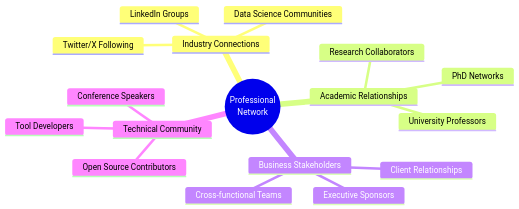
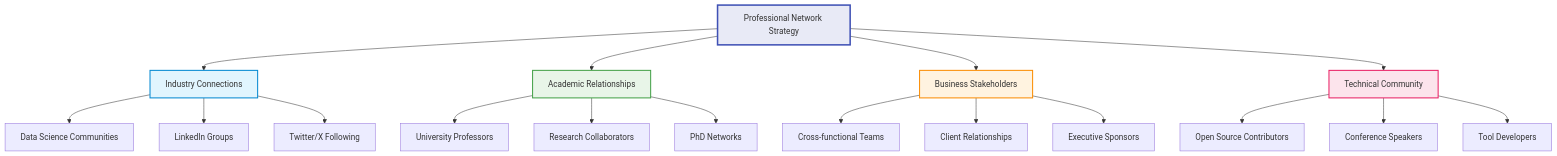
Diagram 11 of 14 in Survive-Data-Science-2025.md (gghimire2041/AI-Articles), drawn with Mermaid before and after one commit. The commit also changed other lines of this file, not shown here.

````diff
--- a/Survive-Data-Science-2025.md
+++ b/Survive-Data-Science-2025.md
@@ -401,21 +416,29 @@
 ```mermaid
-mindmap
-  root((Professional
-  Network))
-    Industry Connections
-      Data Science Communities
-      LinkedIn Groups
-      Twitter/X Following
-    Academic Relationships
-      University Professors
-      Research Collaborators
-      PhD Networks
-    Business Stakeholders
-      Cross-functional Teams
-      Client Relationships
-      Executive Sponsors
-    Technical Community
-      Open Source Contributors
-      Conference Speakers
-      Tool Developers
+flowchart TD
+    A["Professional Network Strategy"] --> B["Industry Connections"]
+    A --> C["Academic Relationships"]
+    A --> D["Business Stakeholders"]
+    A --> E["Technical Community"]
+    
+    B --> B1["Data Science Communities"]
+    B --> B2["LinkedIn Groups"]
+    B --> B3["Twitter/X Following"]
+    
+    C --> C1["University Professors"]
+    C --> C2["Research Collaborators"]
+    C --> C3["PhD Networks"]
+    
+    D --> D1["Cross-functional Teams"]
+    D --> D2["Client Relationships"]
+    D --> D3["Executive Sponsors"]
+    
+    E --> E1["Open Source Contributors"]
+    E --> E2["Conference Speakers"]
+    E --> E3["Tool Developers"]
+    
+    style A fill:#e8eaf6,stroke:#3f51b5,stroke-width:3px
+    style B fill:#e1f5fe,stroke:#0288d1,stroke-width:2px
+    style C fill:#e8f5e8,stroke:#43a047,stroke-width:2px
+    style D fill:#fff3e0,stroke:#fb8c00,stroke-width:2px
+    style E fill:#fce4ec,stroke:#e91e63,stroke-width:2px
 ```
````
